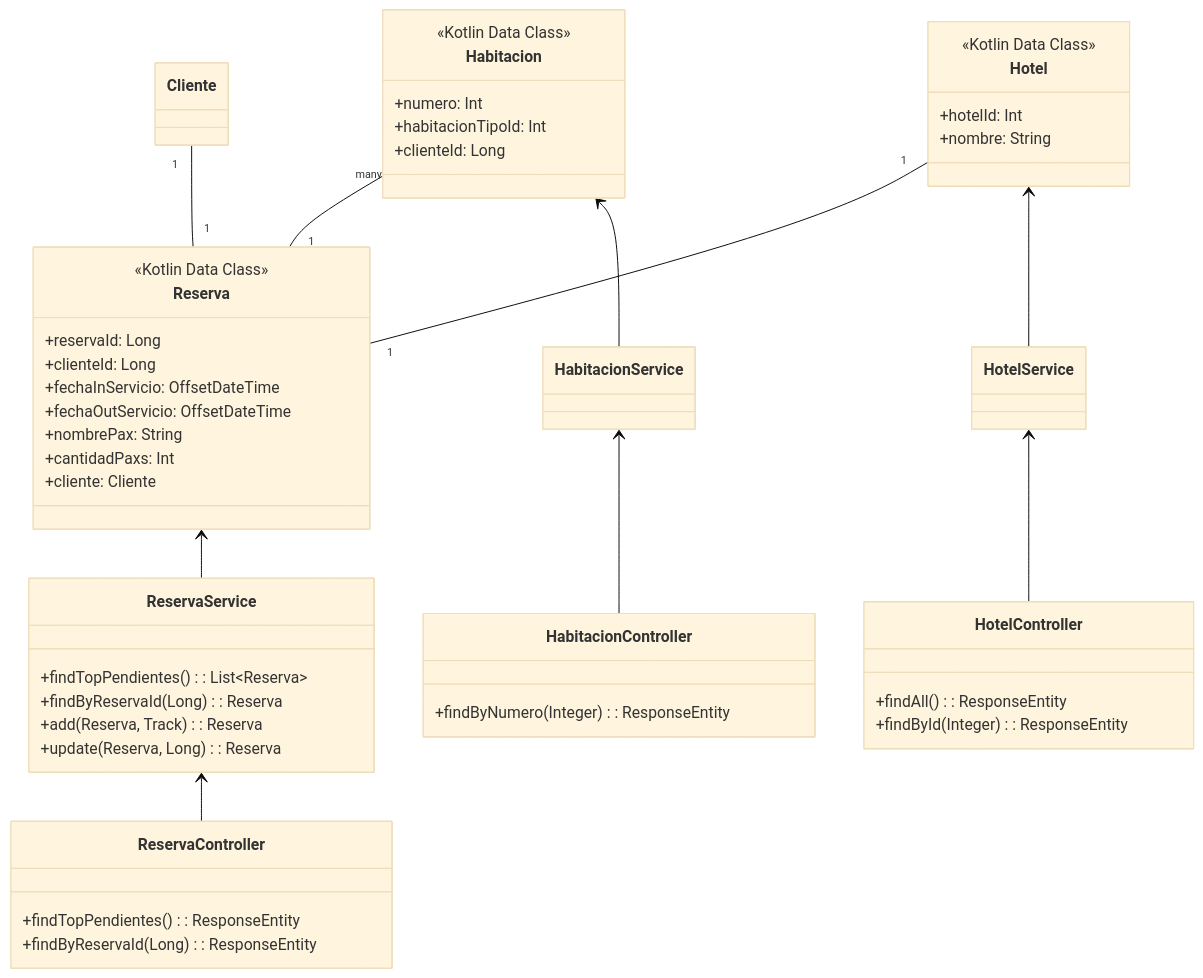
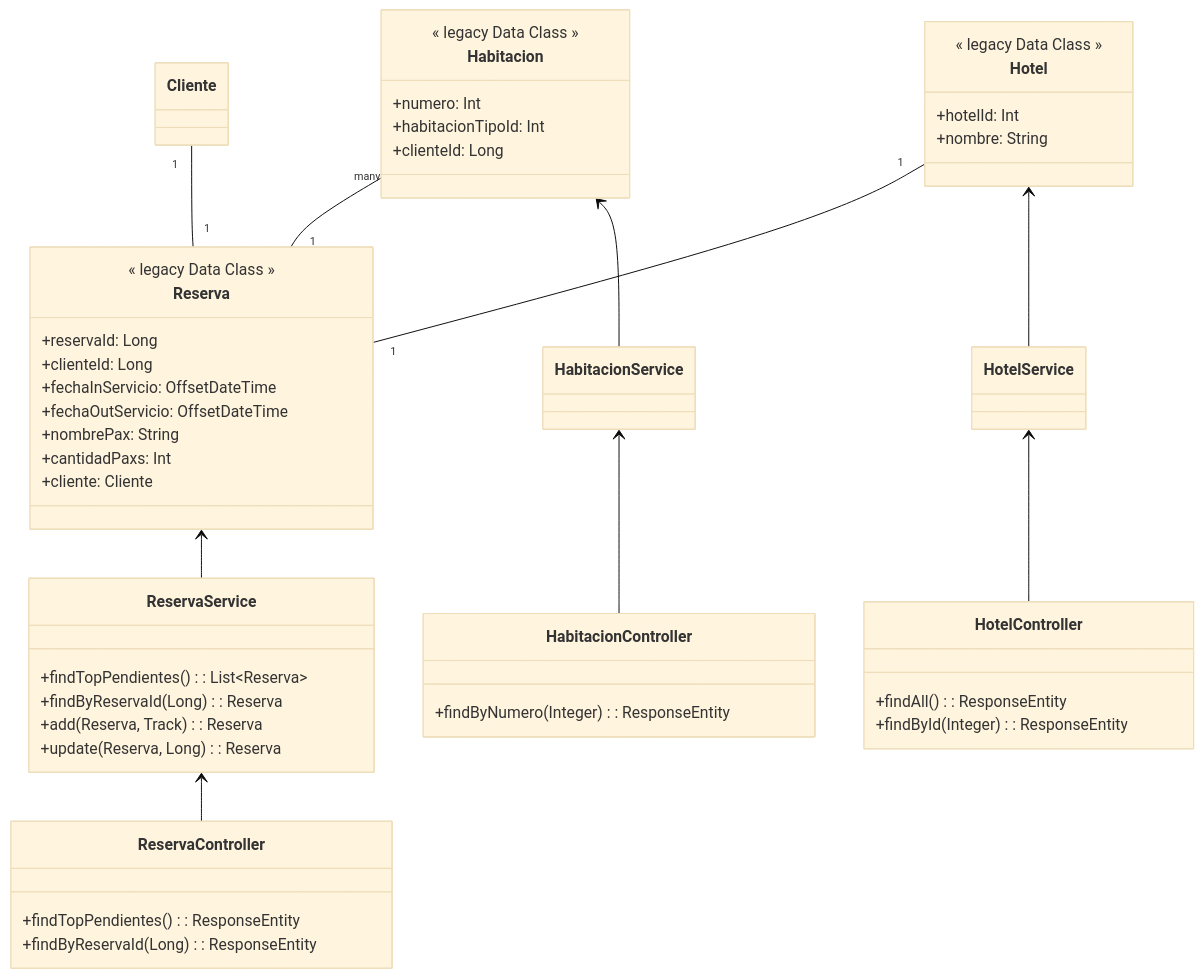
One commit to ETEREA-services/ETEREA.multitenant-core-service changed the diagram in docs/diagrams/mermaid/reserva-class-diagram.mmd. Above: the diagram before and after it, drawn with Mermaid (base theme). The commit also changed 1496 other files, not shown here.

```diff
--- a/docs/diagrams/mermaid/reserva-class-diagram.mmd
+++ b/docs/diagrams/mermaid/reserva-class-diagram.mmd
@@ -1,59 +1,59 @@
 classDiagram
     direction BT
     
     class ReservaController {
         +findTopPendientes(): ResponseEntity
         +findByReservaId(Long): ResponseEntity
     }
 
     class ReservaService {
         +findTopPendientes(): List~Reserva~
         +findByReservaId(Long): Reserva
         +add(Reserva, Track): Reserva
         +update(Reserva, Long): Reserva
     }
 
     class HabitacionController {
         +findByNumero(Integer): ResponseEntity
     }
 
     class HotelController {
         +findAll(): ResponseEntity
         +findById(Integer): ResponseEntity
     }
 
     class Reserva {
-        <<Kotlin Data Class>>
+        << legacy Data Class >>
         +reservaId: Long
         +clienteId: Long
         +fechaInServicio: OffsetDateTime
         +fechaOutServicio: OffsetDateTime
         +nombrePax: String
         +cantidadPaxs: Int
         +cliente: Cliente
     }
 
     class Habitacion {
-        <<Kotlin Data Class>>
+        << legacy Data Class >>
         +numero: Int
         +habitacionTipoId: Int
         +clienteId: Long
     }
 
     class Hotel {
-        <<Kotlin Data Class>>
+        << legacy Data Class >>
         +hotelId: Int
         +nombre: String
     }
 
     ReservaController --> ReservaService
     HabitacionController --> HabitacionService
     HotelController --> HotelService
 
     ReservaService --> Reserva
     HabitacionService --> Habitacion
     HotelService --> Hotel
 
     Reserva "1" -- "1" Cliente
     Reserva "1" -- "1" Hotel
     Reserva "1" -- "many" Habitacion
```
